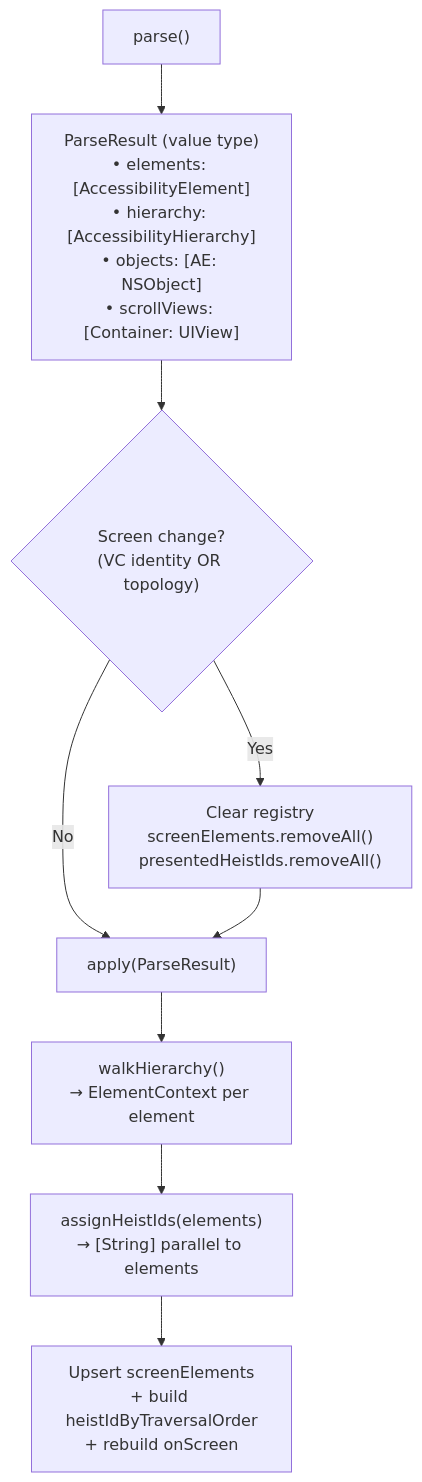
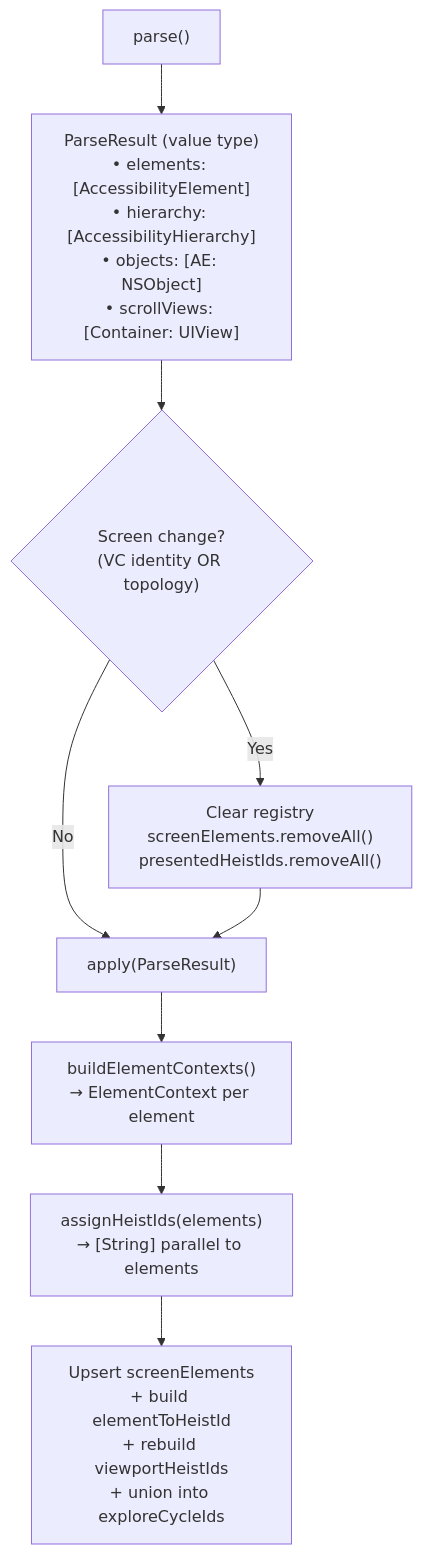
Before and after one commit to RoyalPineapple/TheButtonHeist: the third of 7 diagrams in docs/dossiers/13-THEBAGMAN.md, drawn with Mermaid. The commit also changed other lines of this file and 29 other files, not shown here.

First line of the commit message:
Post-action re-explore, screenId, readability audit, hook fix (#233)

````diff
--- a/docs/dossiers/13-THEBAGMAN.md
+++ b/docs/dossiers/13-THEBAGMAN.md
@@ -114,13 +119,13 @@
 ```mermaid
 flowchart TD
     Parse["parse()"] --> PR["ParseResult (value type)<br/>• elements: [AccessibilityElement]<br/>• hierarchy: [AccessibilityHierarchy]<br/>• objects: [AE: NSObject]<br/>• scrollViews: [Container: UIView]"]
 
     PR --> Detect{"Screen change?<br/>(VC identity OR topology)"}
     Detect -->|Yes| Clear["Clear registry<br/>screenElements.removeAll()<br/>presentedHeistIds.removeAll()"]
     Detect -->|No| Apply
 
     Clear --> Apply["apply(ParseResult)"]
-    Apply --> Walk["walkHierarchy()<br/>→ ElementContext per element"]
+    Apply --> Walk["buildElementContexts()<br/>→ ElementContext per element"]
     Walk --> IDs["assignHeistIds(elements)<br/>→ [String] parallel to elements"]
-    IDs --> Upsert["Upsert screenElements<br/>+ build heistIdByTraversalOrder<br/>+ rebuild onScreen"]
+    IDs --> Upsert["Upsert screenElements<br/>+ build elementToHeistId<br/>+ rebuild viewportHeistIds<br/>+ union into exploreCycleIds"]
 ```
````
